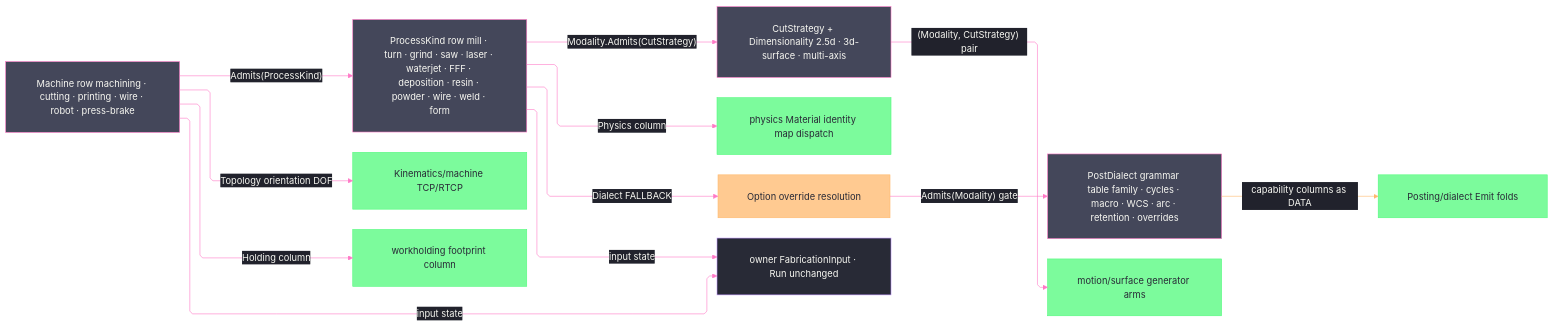
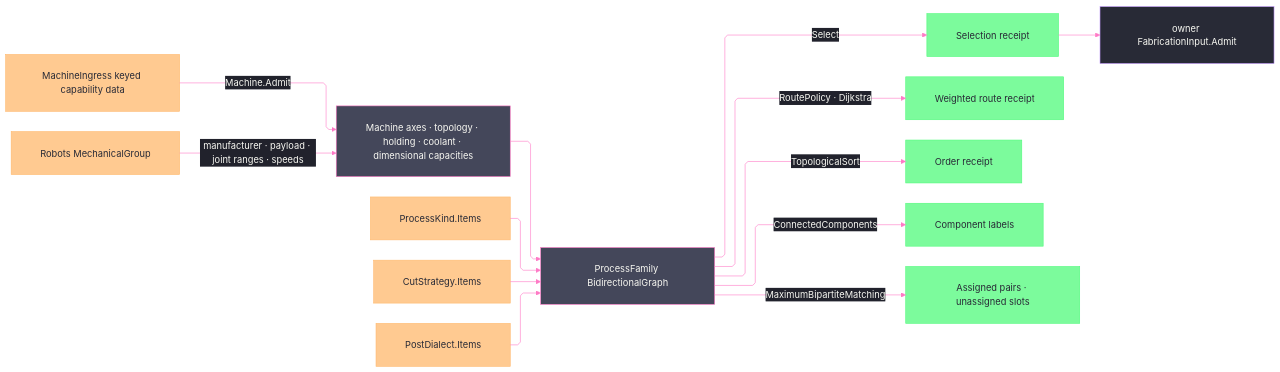
Before and after one commit to bsamiee/Rasm: the diagram in libs/csharp/Rasm.Fabrication/.planning/Process/family.md, drawn with Mermaid. The commit also changed other lines of this file and 67 other files, not shown here.

First line of the commit message:
libs(csharp): commit Rasm.Fabrication + Rasm review surface for isolated round-3 scope

````diff
--- a/libs/csharp/Rasm.Fabrication/.planning/Process/family.md
+++ b/libs/csharp/Rasm.Fabrication/.planning/Process/family.md
@@ -408,52 +1245,48 @@
 ```mermaid
 ---
 config:
   theme: base
   look: classic
   layout: elk
   flowchart:
     curve: linear
     padding: 25
   themeVariables:
     darkMode: true
     fontFamily: "SF Mono, Menlo, Cascadia Mono, Segoe UI Mono, Consolas, monospace"
     useGradient: false
     dropShadow: "none"
     background: "#282A36"
     primaryColor: "#44475A"
     primaryTextColor: "#F8F8F2"
     primaryBorderColor: "#BD93F9"
     lineColor: "#FF79C6"
     textColor: "#F8F8F2"
     edgeLabelBackground: "#21222C"
     labelBackgroundColor: "#21222C"
   themeCSS: ".nodeLabel{font-size:13px;font-weight:500}.edgeLabel{font-size:12px;font-weight:500}.cluster-label .nodeLabel{font-size:13.5px;font-weight:700;letter-spacing:.08em}.edge-thickness-normal{stroke-width:2px}.edge-thickness-thick{stroke-width:3px}.edge-pattern-dashed,.edge-pattern-dotted{stroke-width:1.5px;stroke-dasharray:4 6}.node rect,.node circle,.node polygon,.node path,.node .outer-path{stroke-width:1.5px;filter:none!important}.cluster rect{stroke-width:1px!important;stroke-dasharray:5 4!important;filter:none!important}.marker path{transform:scale(.8);transform-origin:5px 5px}.marker circle{transform:scale(.48);transform-origin:5px 5px}.edgeLabel rect{transform-box:fill-box;transform-origin:center;transform:scale(1.1,1.2)}"
 ---
 flowchart LR
     accTitle: Fabrication process-family relations
-    accDescr: Independent process, machine, modality, strategy, and dialect rows join through admitted relations before physics, motion, kinematics, posting, and orchestration consume them.
-    ProcessKind["ProcessKind row mill · turn · grind · saw · laser · waterjet · FFF · deposition · resin · powder · wire · weld · form"]
-    Machine["Machine row machining · cutting · printing · wire · robot · press-brake"]
-    Strategy["CutStrategy + Dimensionality 2.5d · 3d-surface · multi-axis"]
-    Dialect["PostDialect grammar table family · cycles · macro · WCS · arc · retention · overrides"]
-    ProcessKind -->|Physics column| Budget["physics Material identity map dispatch"]
-    ProcessKind -->|"Modality.Admits(CutStrategy)"| Strategy
-    Strategy -->|"(Modality, CutStrategy) pair"| Motion["motion/surface generator arms"]
-    Machine -->|Topology orientation DOF| Kin["Kinematics/machine TCP/RTCP"]
-    Machine -->|Holding column| Clamp["workholding footprint column"]
-    Machine -->|"Admits(ProcessKind)"| ProcessKind
-    ProcessKind -->|Dialect FALLBACK| Resolve["Option<PostDialect> override resolution"]
-    Resolve -->|"Admits(Modality) gate"| Dialect
-    Dialect -->|capability columns as DATA| Emit["Posting/dialect Emit folds"]
-    ProcessKind -->|input state| Fabrication["owner FabricationInput · Run unchanged"]
-    Machine -->|input state| Fabrication
-    linkStyle 8 stroke:#FFB86C,color:#F8F8F2
+    accDescr: Bounded process axes and admitted runtime machines fold into one graph that serves selection, reachability, ordering, connected-family inspection, and fleet matching.
+    Seeds["MachineIngress keyed capability data"] -->|Machine.Admit| Machine["Machine axes · topology · holding · coolant · dimensional capacities"]
+    Mechanical["Robots MechanicalGroup"] -->|manufacturer · payload · joint ranges · speeds| Machine
+    Process["ProcessKind.Items"] --> Graph["ProcessFamily BidirectionalGraph"]
+    Strategy["CutStrategy.Items"] --> Graph
+    Dialect["PostDialect.Items"] --> Graph
+    Machine --> Graph
+    Graph -->|Select| Selection["Selection receipt"]
+    Graph -->|RoutePolicy · Dijkstra| Route["Weighted route receipt"]
+    Graph -->|TopologicalSort| Order["Order receipt"]
+    Graph -->|ConnectedComponents| Components["Component labels"]
+    Graph -->|MaximumBipartiteMatching| Allocation["Assigned pairs · unassigned slots"]
+    Selection --> Fabrication["owner FabricationInput.Admit"]
     classDef primary fill:#44475A,stroke:#FF79C6,color:#F8F8F2
     classDef success fill:#50FA7BBF,stroke:#50FA7B,color:#282A36
     classDef data fill:#FFB86CBF,stroke:#FFB86C,color:#282A36
     classDef boundary fill:#282A36,stroke:#BD93F9,color:#F8F8F2
-    class ProcessKind,Machine,Strategy,Dialect primary
-    class Budget,Motion,Kin,Clamp,Emit success
-    class Resolve data
+    class Machine,Graph primary
+    class Selection,Route,Order,Components,Allocation success
+    class Seeds,Mechanical,Process,Strategy,Dialect data
     class Fabrication boundary
 ```
````
